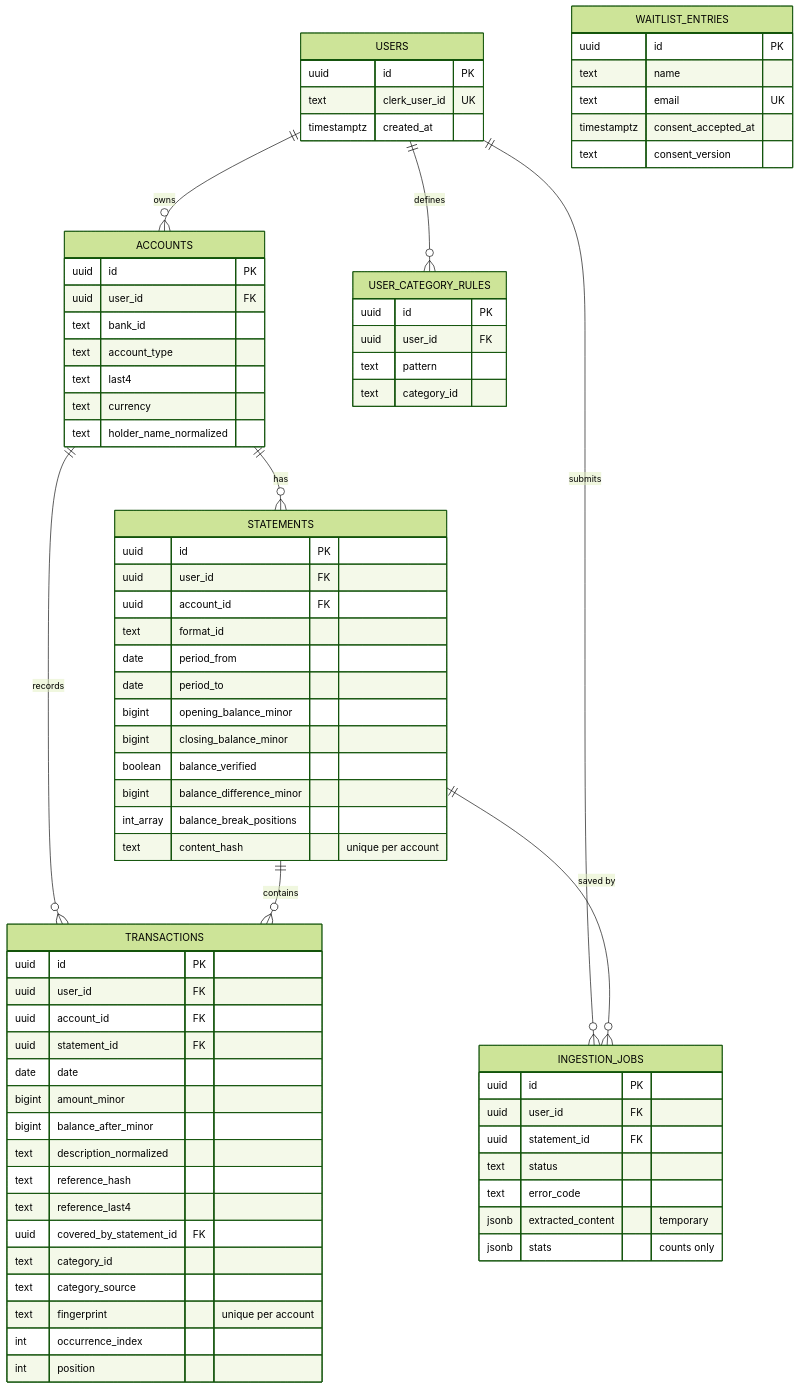
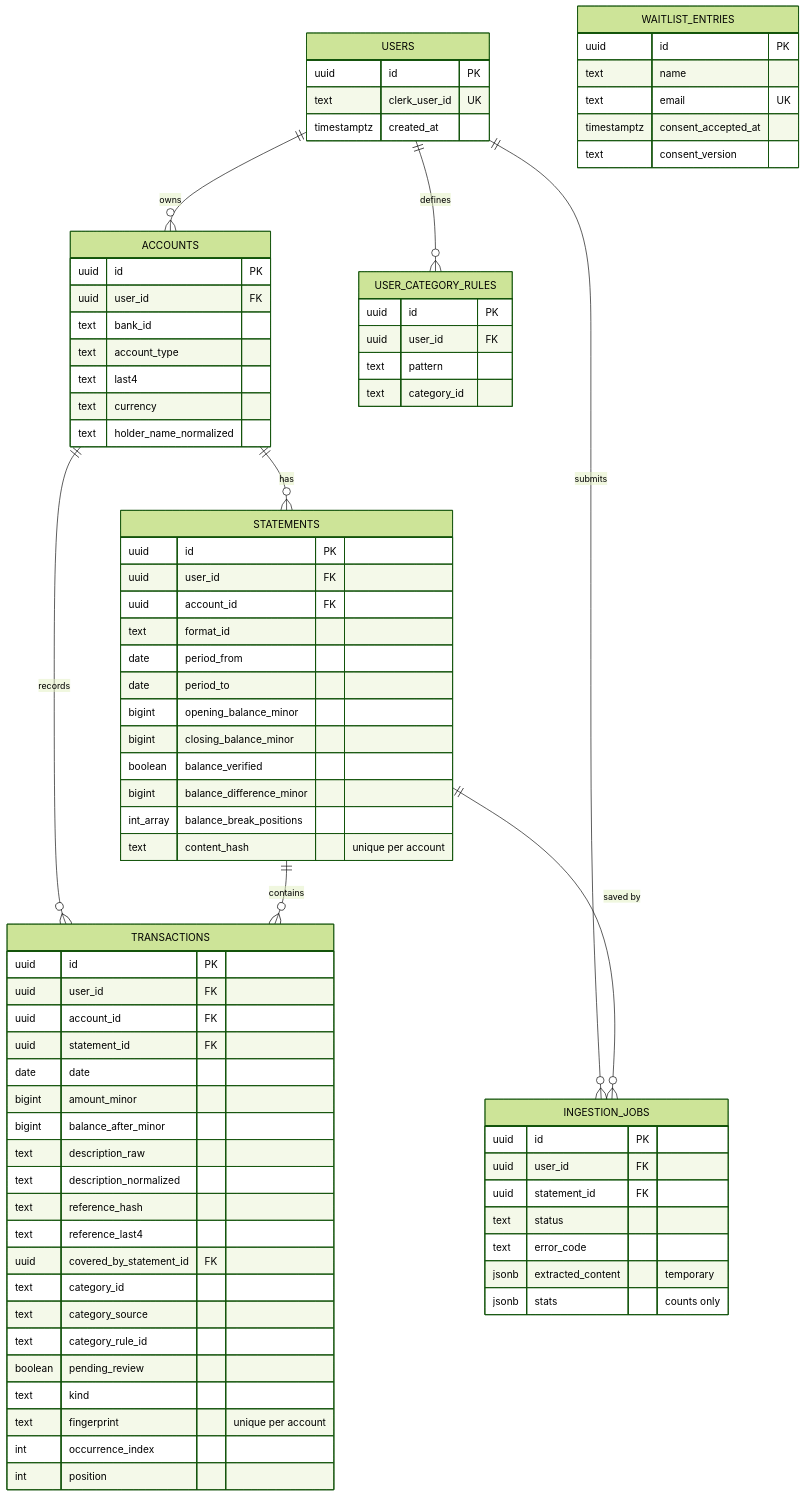
Before and after one commit to ingcarlostello/xtrakto: the third of 7 diagrams in docs/ARCHITECTURE.md, drawn with Mermaid (forest theme). The commit also changed other lines of this file and 46 other files, not shown here.

````diff
--- a/docs/ARCHITECTURE.md
+++ b/docs/ARCHITECTURE.md
@@ -169,78 +170,82 @@
 ```mermaid
 erDiagram
     USERS ||--o{ ACCOUNTS : owns
     USERS ||--o{ INGESTION_JOBS : submits
     USERS ||--o{ USER_CATEGORY_RULES : defines
     ACCOUNTS ||--o{ STATEMENTS : has
     ACCOUNTS ||--o{ TRANSACTIONS : records
     STATEMENTS ||--o{ TRANSACTIONS : contains
     STATEMENTS ||--o{ INGESTION_JOBS : "saved by"
     USERS {
         uuid id PK
         text clerk_user_id UK
         timestamptz created_at
     }
     ACCOUNTS {
         uuid id PK
         uuid user_id FK
         text bank_id
         text account_type
         text last4
         text currency
         text holder_name_normalized
     }
     STATEMENTS {
         uuid id PK
         uuid user_id FK
         uuid account_id FK
         text format_id
         date period_from
         date period_to
         bigint opening_balance_minor
         bigint closing_balance_minor
         boolean balance_verified
         bigint balance_difference_minor
         int_array balance_break_positions
         text content_hash "unique per account"
     }
     TRANSACTIONS {
         uuid id PK
         uuid user_id FK
         uuid account_id FK
         uuid statement_id FK
         date date
         bigint amount_minor
         bigint balance_after_minor
+        text description_raw
         text description_normalized
         text reference_hash
         text reference_last4
         uuid covered_by_statement_id FK
         text category_id
         text category_source
+        text category_rule_id
+        boolean pending_review
+        text kind
         text fingerprint "unique per account"
         int occurrence_index
         int position
     }
     INGESTION_JOBS {
         uuid id PK
         uuid user_id FK
         uuid statement_id FK
         text status
         text error_code
         jsonb extracted_content "temporary"
         jsonb stats "counts only"
     }
     USER_CATEGORY_RULES {
         uuid id PK
         uuid user_id FK
         text pattern
         text category_id
     }
     WAITLIST_ENTRIES {
         uuid id PK
         text name
         text email UK
         timestamptz consent_accepted_at
         text consent_version
     }
 ```
````
